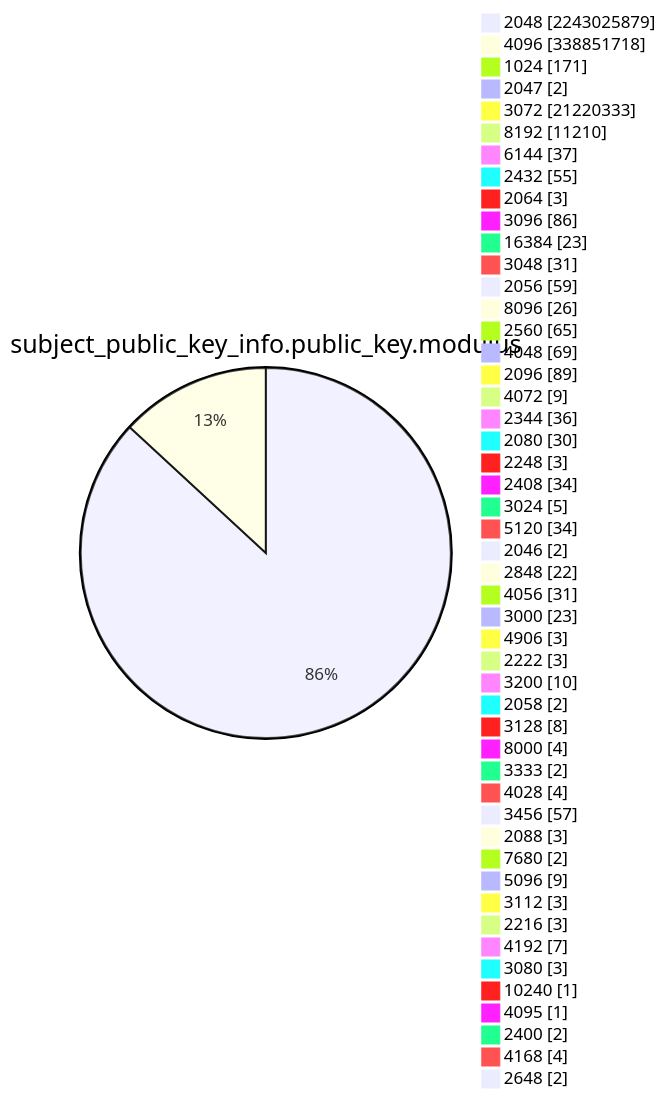
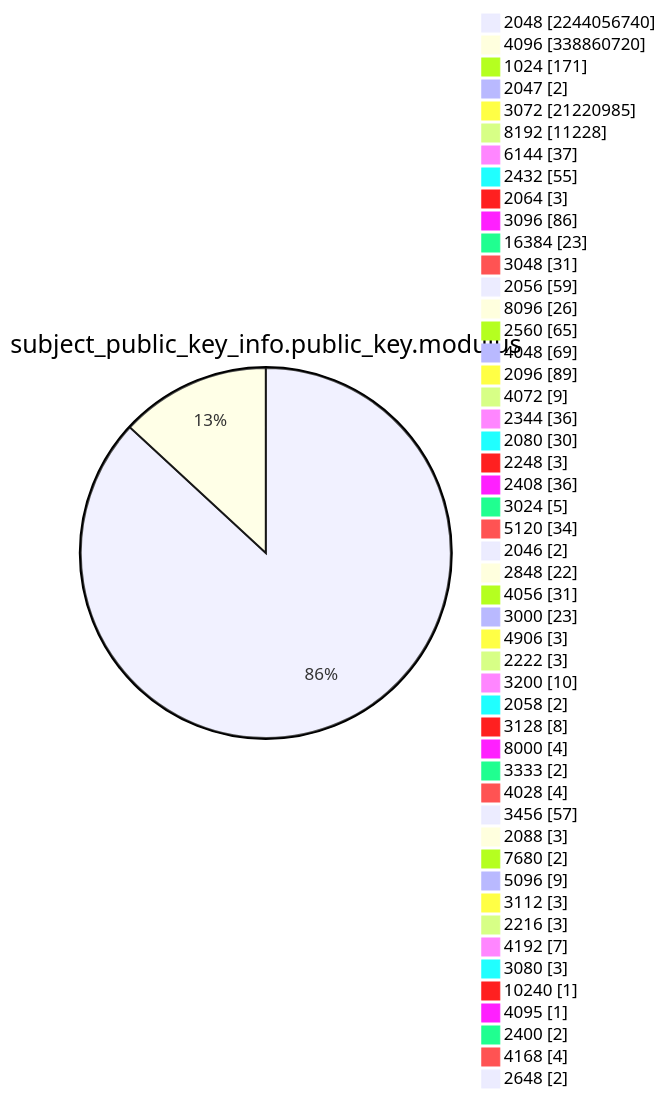
Diagram 13 of 15 in TOTAL/README.md (christiankrug/ctmonitor_visualization), drawn with Mermaid before and after one commit. The commit also changed other lines of this file, not shown here.

````diff
--- a/TOTAL/README.md
+++ b/TOTAL/README.md
@@ -4159,53 +4159,53 @@
 ```mermaid
 pie showData
 title subject_public_key_info.public_key.modulus
-"2048" :2243025879
-"4096" :338851718
+"2048" :2244056740
+"4096" :338860720
 "1024" :171
 "2047" :2
-"3072" :21220333
-"8192" :11210
+"3072" :21220985
+"8192" :11228
 "6144" :37
 "2432" :55
 "2064" :3
 "3096" :86
 "16384" :23
 "3048" :31
 "2056" :59
 "8096" :26
 "2560" :65
 "4048" :69
 "2096" :89
 "4072" :9
 "2344" :36
 "2080" :30
 "2248" :3
-"2408" :34
+"2408" :36
 "3024" :5
 "5120" :34
 "2046" :2
 "2848" :22
 "4056" :31
 "3000" :23
 "4906" :3
 "2222" :3
 "3200" :10
 "2058" :2
 "3128" :8
 "8000" :4
 "3333" :2
 "4028" :4
 "3456" :57
 "2088" :3
 "7680" :2
 "5096" :9
 "3112" :3
 "2216" :3
 "4192" :7
 "3080" :3
 "10240" :1
 "4095" :1
 "2400" :2
 "4168" :4
 "2648" :2
 ```
````
